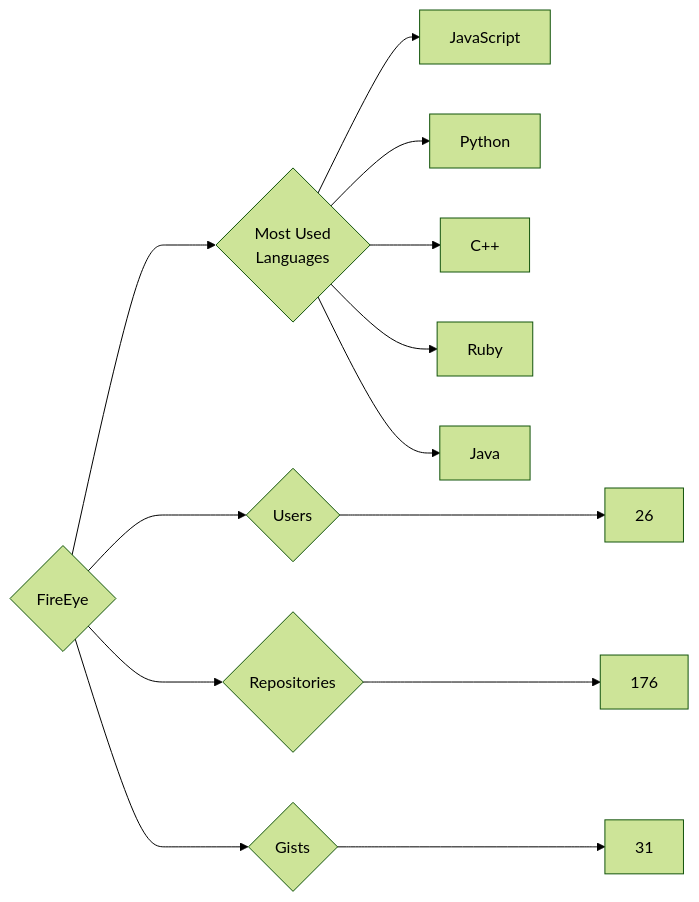
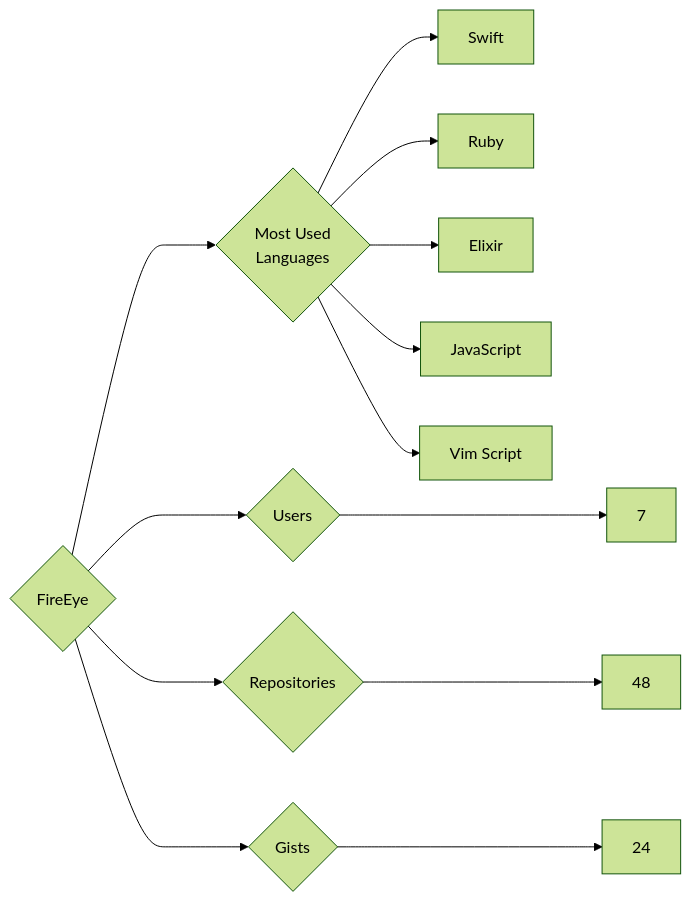
The diagram in targets/FireEye/README.md (trickest/insiders), drawn with Mermaid (forest theme) before and after one commit. The commit also changed 553 other files, not shown here.

````diff
--- a/targets/FireEye/README.md
+++ b/targets/FireEye/README.md
@@ -3,13 +3,13 @@
 ```mermaid
 graph LR
 COMPANY_NAME{FireEye}
-COMPANY_NAME ---> U{Users} ---> UN[26]
-COMPANY_NAME ---> R{Repositories} ---> RN[176]
-COMPANY_NAME ---> G{Gists} ---> GN[31]
+COMPANY_NAME ---> U{Users} ---> UN[7]
+COMPANY_NAME ---> R{Repositories} ---> RN[48]
+COMPANY_NAME ---> G{Gists} ---> GN[24]
 COMPANY_NAME ---> ML{Most Used<br>Languages}
+ML --> Swift[Swift]
+ML --> Ruby[Ruby]
+ML --> Elixir[Elixir]
 ML --> JavaScript[JavaScript]
-ML --> Python[Python]
-ML --> C++[C++]
-ML --> Ruby[Ruby]
-ML --> Java[Java]
+ML --> Vim_Script[Vim Script]
 ```
````
